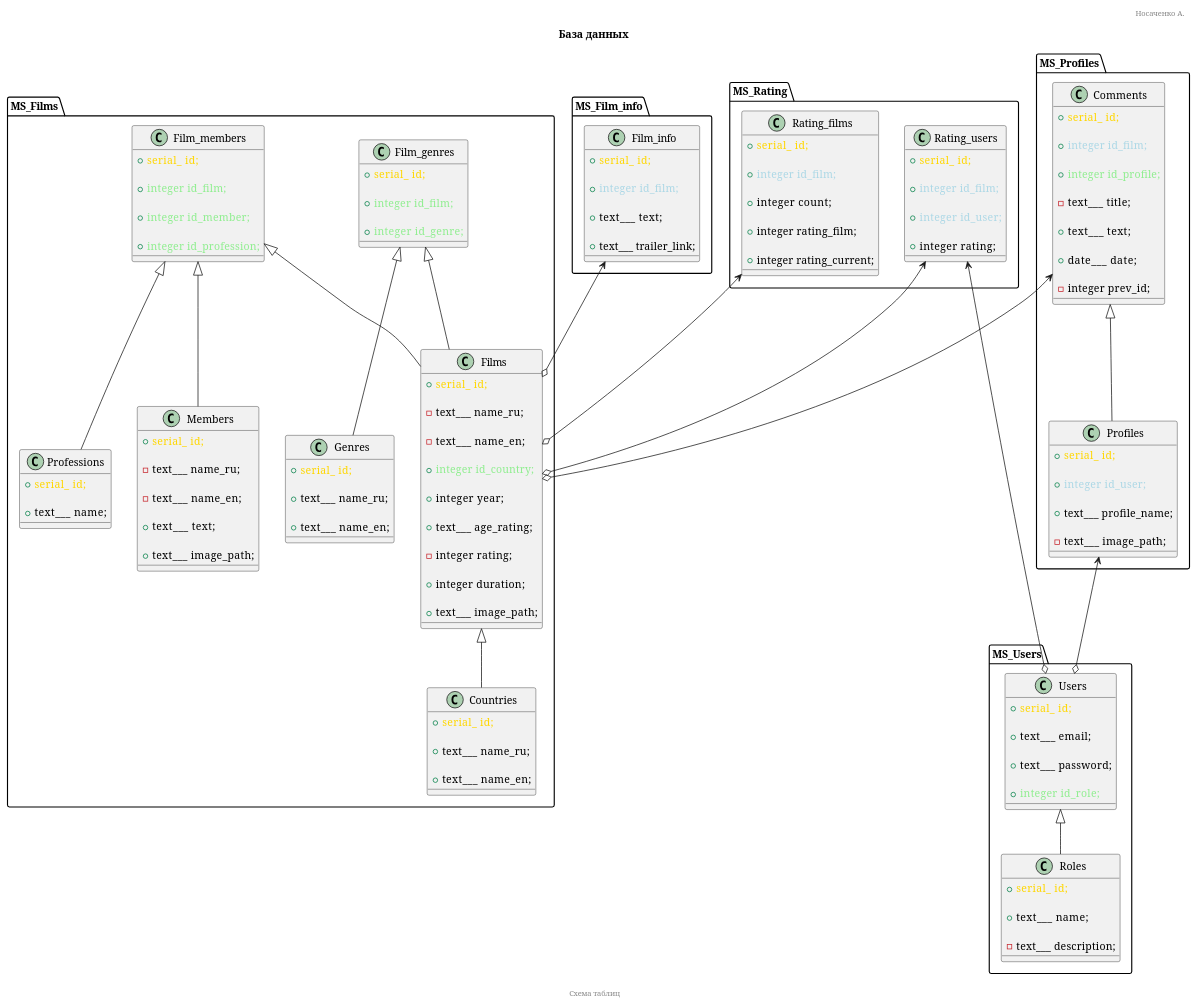
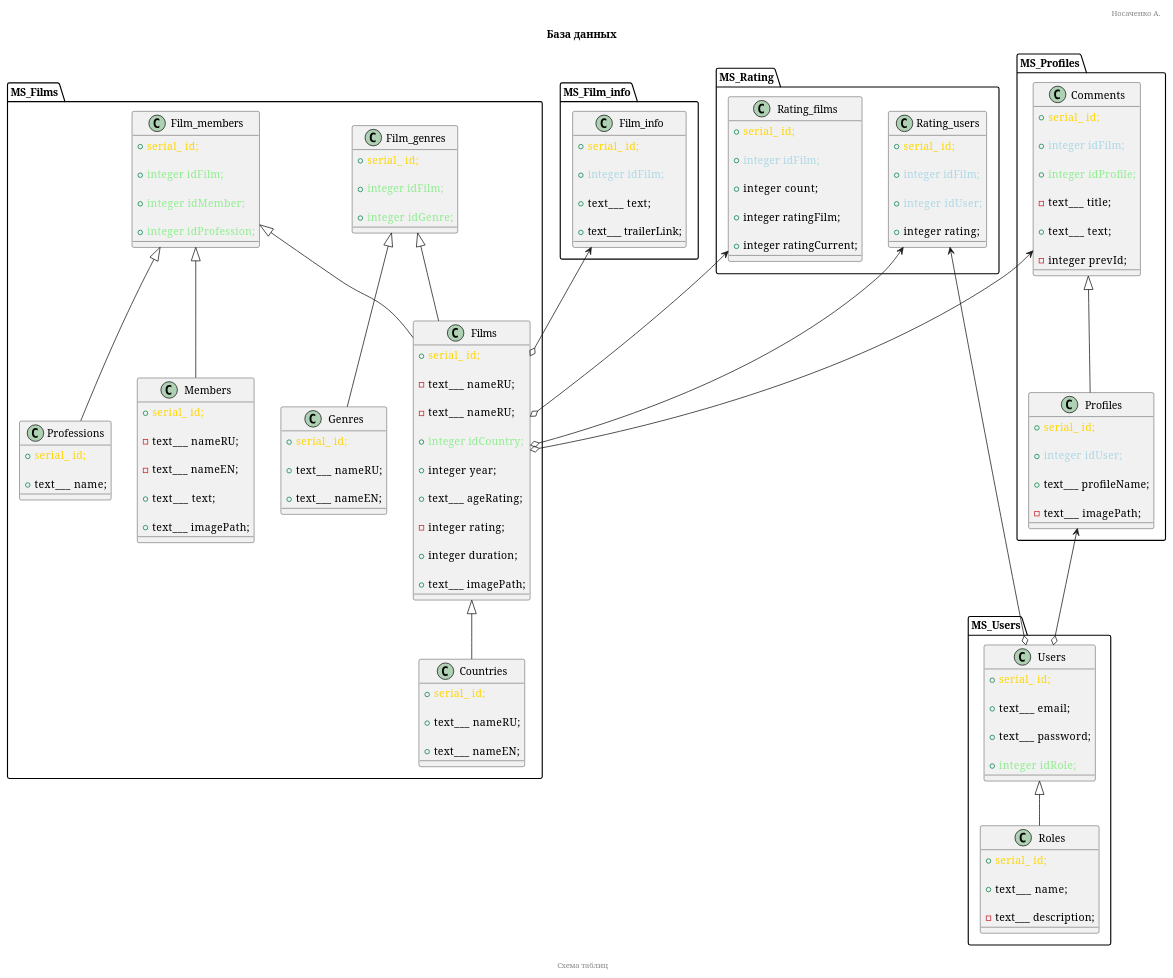
Before and after one commit to Keronon/__learnjs_Project_A: the diagram in DB_struct.plantuml, drawn with PlantUML. The commit also changed 17 other files, not shown here.

```diff
--- a/DB_struct.plantuml
+++ b/DB_struct.plantuml
@@ -19,72 +19,72 @@
 {
   + <font color="gold"      >serial_   id;
 
-  - text___   name_ru;
+  - text___   nameRU;
 
-  - text___   name_en;
+  - text___   nameRU;
 
-  + <font color="lightgreen">integer   id_country;
+  + <font color="lightgreen">integer   idCountry;
 
   + integer   year;
 
-  + text___   age_rating;
+  + text___   ageRating;
 
   - integer   rating;
 
   + integer   duration;
 
-  + text___   image_path;
+  + text___   imagePath;
 }
 
 class Countries
 {
   + <font color="gold"      >serial_   id;
 
-  + text___   name_ru;
+  + text___   nameRU;
 
-  + text___   name_en;
+  + text___   nameEN;
 }
 
 class Film_genres
 {
   + <font color="gold"      >serial_   id;
 
-  + <font color="lightgreen">integer   id_film;
+  + <font color="lightgreen">integer   idFilm;
 
-  + <font color="lightgreen">integer   id_genre;
+  + <font color="lightgreen">integer   idGenre;
 }
 
 class Genres
 {
   + <font color="gold"      >serial_   id;
 
-  + text___   name_ru;
+  + text___   nameRU;
 
-  + text___   name_en;
+  + text___   nameEN;
 }
 
 class Film_members
 {
   + <font color="gold"      >serial_   id;
 
-  + <font color="lightgreen">integer   id_film;
+  + <font color="lightgreen">integer   idFilm;
 
-  + <font color="lightgreen">integer   id_member;
+  + <font color="lightgreen">integer   idMember;
 
-  + <font color="lightgreen">integer   id_profession;
+  + <font color="lightgreen">integer   idProfession;
 }
 
 class Members
 {
   + <font color="gold"      >serial_   id;
 
-  - text___   name_ru;
+  - text___   nameRU;
 
-  - text___   name_en;
+  - text___   nameEN;
 
   + text___   text;
 
-  + text___   image_path;
+  + text___   imagePath;
 }
 
 class Professions
@@ -108,22 +108,22 @@
 {
   + <font color="gold"      >serial_   id;
 
-  + <font color="lightblue" >integer   id_film;
+  + <font color="lightblue" >integer   idFilm;
 
   + integer   count;
 
-  + integer   rating_film;
+  + integer   ratingFilm;
 
-  + integer   rating_current;
+  + integer   ratingCurrent;
 }
 
 class Rating_users
 {
   + <font color="gold"      >serial_   id;
 
-  + <font color="lightblue" >integer   id_film;
+  + <font color="lightblue" >integer   idFilm;
 
-  + <font color="lightblue" >integer   id_user;
+  + <font color="lightblue" >integer   idUser;
 
   + integer   rating;
 }
@@ -142,11 +142,11 @@
 {
   + <font color="gold"      >serial_   id;
 
-  + <font color="lightblue" >integer   id_film;
+  + <font color="lightblue" >integer   idFilm;
 
   + text___   text;
 
-  + text___   trailer_link;
+  + text___   trailerLink;
 }
 
 }
@@ -163,28 +163,26 @@
 {
   + <font color="gold"      >serial_   id;
 
-  + <font color="lightblue" >integer   id_user;
+  + <font color="lightblue" >integer   idUser;
 
-  + text___   profile_name;
+  + text___   profileName;
 
-  - text___   image_path;
+  - text___   imagePath;
 }
 
 class Comments
 {
   + <font color="gold"      >serial_   id;
 
-  + <font color="lightblue" >integer   id_film;
+  + <font color="lightblue" >integer   idFilm;
 
-  + <font color="lightgreen">integer   id_profile;
+  + <font color="lightgreen">integer   idProfile;
 
   - text___   title;
 
   + text___   text;
 
-  + date___   date;
-
-  - integer   prev_id;
+  - integer   prevId;
 }
 
 }
@@ -205,7 +203,7 @@
 
   + text___   password;
 
-  + <font color="lightgreen">integer   id_role;
+  + <font color="lightgreen">integer   idRole;
 }
 
 class Roles
```
